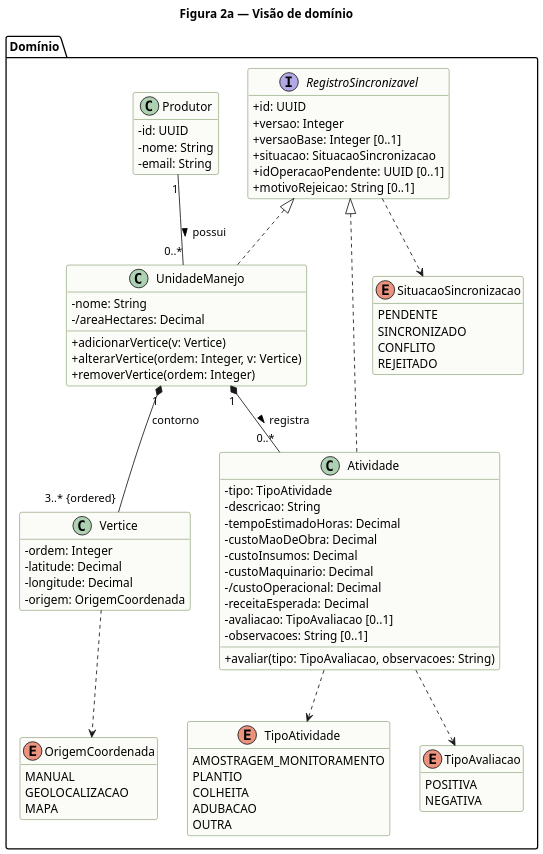
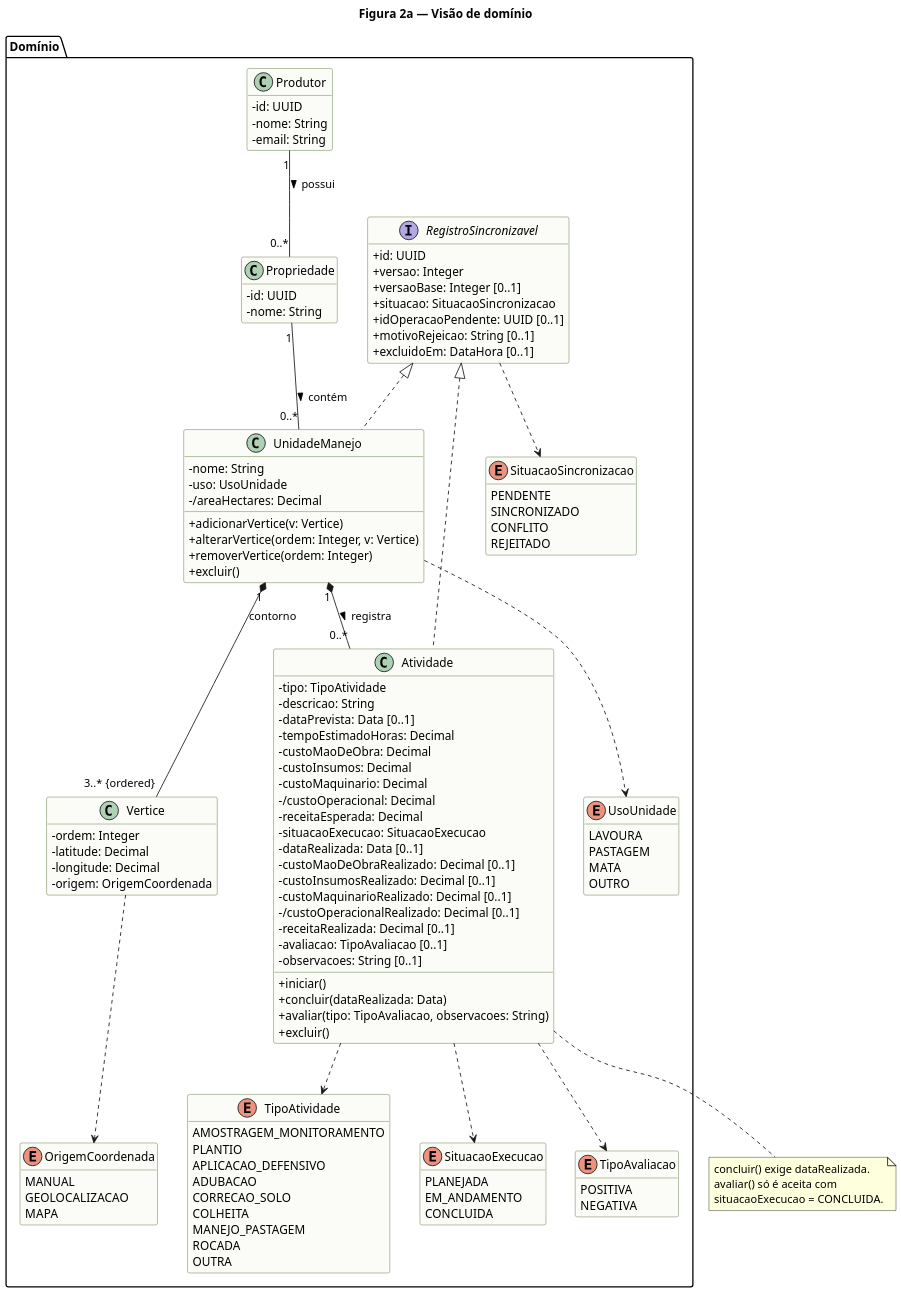
Before and after one commit to rpomar/AgroManejo: the diagram in entrega-basica/diagramas/classes-dominio.puml, drawn with PlantUML. The commit also changed 30 other files, not shown here.

```diff
--- a/entrega-basica/diagramas/classes-dominio.puml
+++ b/entrega-basica/diagramas/classes-dominio.puml
@@ -1,91 +1,134 @@
 @startuml classes-dominio
 skinparam dpi 150
 skinparam defaultFontName Arial
 skinparam shadowing false
 skinparam classAttributeIconSize 0
 skinparam class {
   BackgroundColor #FBFCF8
   BorderColor #4A6B2A
 }
 hide empty members
 title Figura 2a — Visão de domínio
 
 package "Domínio" {
   interface RegistroSincronizavel {
     +id: UUID
     +versao: Integer
     +versaoBase: Integer [0..1]
     +situacao: SituacaoSincronizacao
     +idOperacaoPendente: UUID [0..1]
     +motivoRejeicao: String [0..1]
+    +excluidoEm: DataHora [0..1]
   }
 
   class Produtor {
     -id: UUID
     -nome: String
     -email: String
   }
 
+  class Propriedade {
+    -id: UUID
+    -nome: String
+  }
+
   class UnidadeManejo {
     -nome: String
+    -uso: UsoUnidade
     -/areaHectares: Decimal
     +adicionarVertice(v: Vertice)
     +alterarVertice(ordem: Integer, v: Vertice)
     +removerVertice(ordem: Integer)
+    +excluir()
   }
 
   class Vertice {
     -ordem: Integer
     -latitude: Decimal
     -longitude: Decimal
     -origem: OrigemCoordenada
   }
 
   class Atividade {
     -tipo: TipoAtividade
     -descricao: String
+    -dataPrevista: Data [0..1]
     -tempoEstimadoHoras: Decimal
     -custoMaoDeObra: Decimal
     -custoInsumos: Decimal
     -custoMaquinario: Decimal
     -/custoOperacional: Decimal
     -receitaEsperada: Decimal
+    -situacaoExecucao: SituacaoExecucao
+    -dataRealizada: Data [0..1]
+    -custoMaoDeObraRealizado: Decimal [0..1]
+    -custoInsumosRealizado: Decimal [0..1]
+    -custoMaquinarioRealizado: Decimal [0..1]
+    -/custoOperacionalRealizado: Decimal [0..1]
+    -receitaRealizada: Decimal [0..1]
     -avaliacao: TipoAvaliacao [0..1]
     -observacoes: String [0..1]
+    +iniciar()
+    +concluir(dataRealizada: Data)
     +avaliar(tipo: TipoAvaliacao, observacoes: String)
+    +excluir()
   }
 
+  enum UsoUnidade {
+    LAVOURA
+    PASTAGEM
+    MATA
+    OUTRO
+  }
   enum OrigemCoordenada {
     MANUAL
     GEOLOCALIZACAO
     MAPA
   }
   enum TipoAtividade {
     AMOSTRAGEM_MONITORAMENTO
     PLANTIO
+    APLICACAO_DEFENSIVO
+    ADUBACAO
+    CORRECAO_SOLO
     COLHEITA
-    ADUBACAO
+    MANEJO_PASTAGEM
+    ROCADA
     OUTRA
+  }
+  enum SituacaoExecucao {
+    PLANEJADA
+    EM_ANDAMENTO
+    CONCLUIDA
   }
   enum TipoAvaliacao {
     POSITIVA
     NEGATIVA
   }
   enum SituacaoSincronizacao {
     PENDENTE
     SINCRONIZADO
     CONFLITO
     REJEITADO
   }
 }
 
-Produtor "1" -- "0..*" UnidadeManejo : possui >
+note bottom of Atividade
+  concluir() exige dataRealizada.
+  avaliar() só é aceita com
+  situacaoExecucao = CONCLUIDA.
+end note
+
+Produtor "1" -- "0..*" Propriedade : possui >
+Propriedade "1" -- "0..*" UnidadeManejo : contém >
 UnidadeManejo "1" *-- "3..* {ordered}" Vertice : contorno
 UnidadeManejo "1" *-- "0..*" Atividade : registra >
 RegistroSincronizavel <|.. UnidadeManejo
 RegistroSincronizavel <|.. Atividade
 RegistroSincronizavel ..> SituacaoSincronizacao
+UnidadeManejo ..> UsoUnidade
 Vertice ..> OrigemCoordenada
 Atividade ..> TipoAvaliacao
 Atividade ..> TipoAtividade
+Atividade ..> SituacaoExecucao
 @enduml
```
